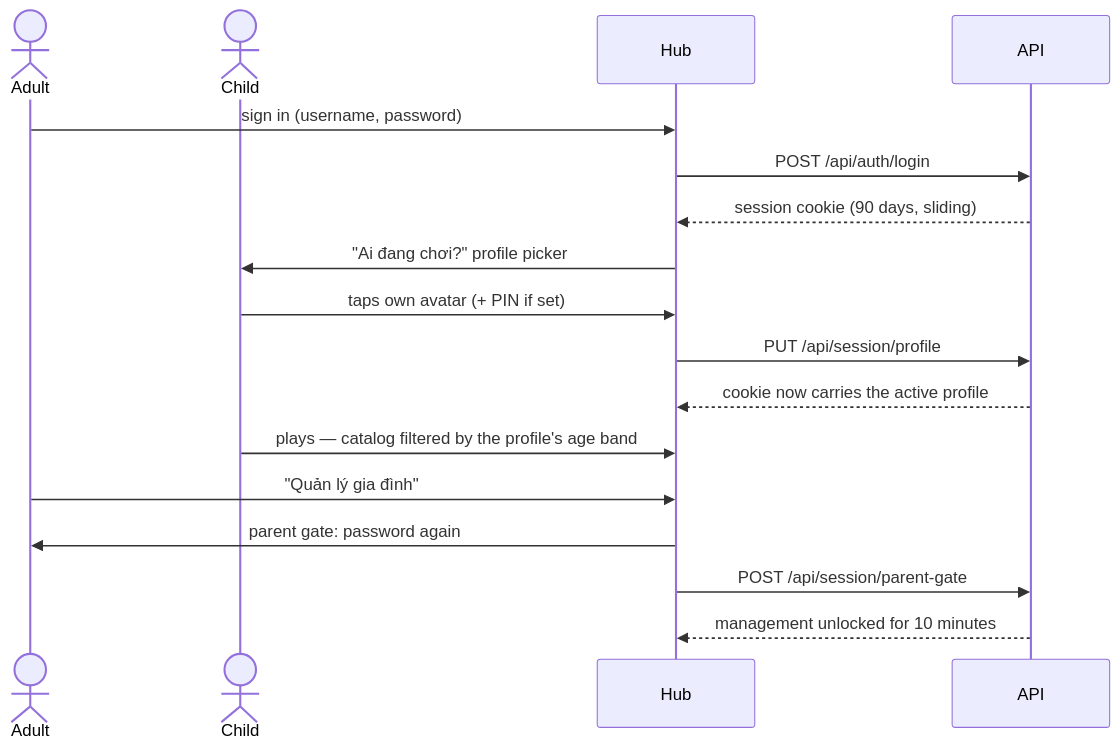
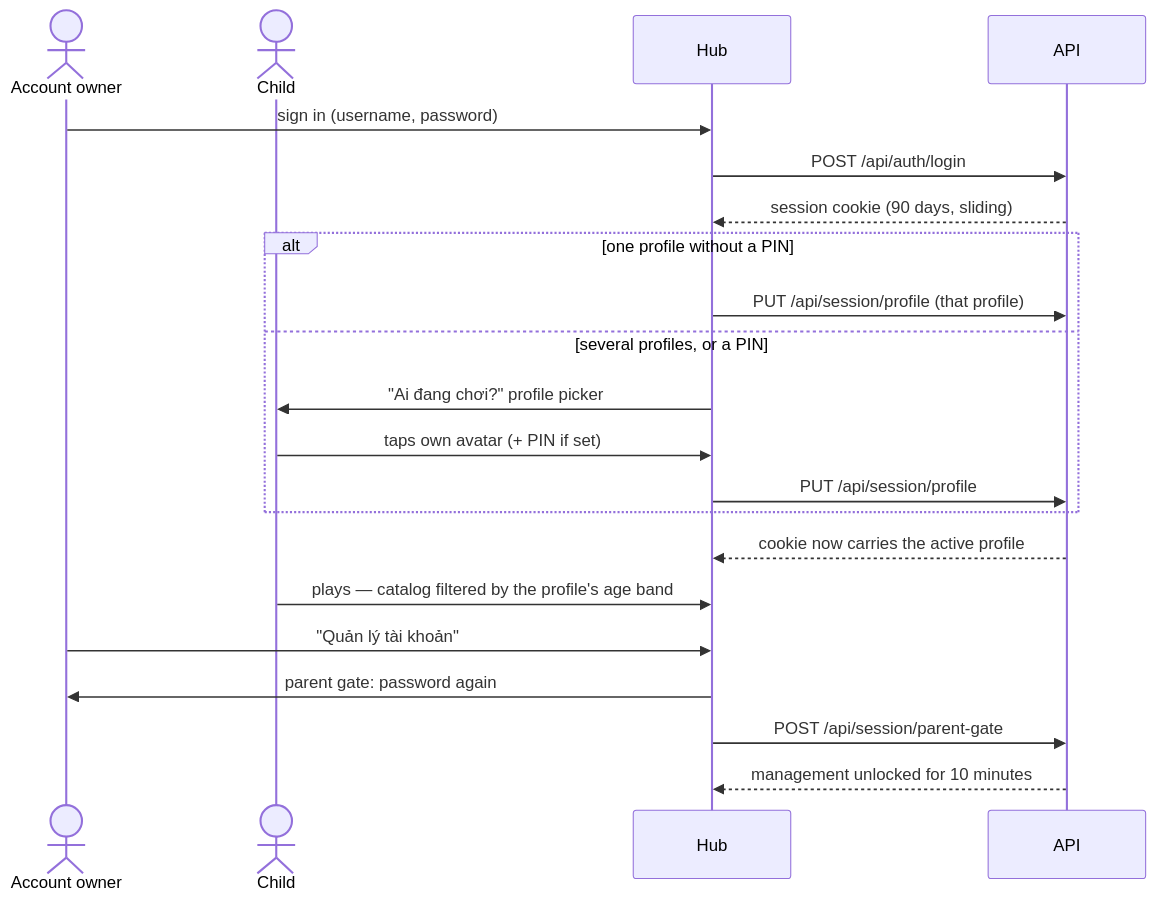
The second of 2 diagrams in docs/architecture/identity.md (vinh466/tohe-play), drawn with Mermaid before and after one commit. The commit also changed other lines of this file and 13 other files, not shown here.

First line of the commit message:
docs: accounts own their profiles (ADR 0023)

````diff
--- a/docs/architecture/identity.md
+++ b/docs/architecture/identity.md
@@ -49,20 +53,24 @@
 ```mermaid
 sequenceDiagram
-  actor A as Adult
+  actor P as Account owner
   actor C as Child
   participant H as Hub
   participant API
 
-  A->>H: sign in (username, password)
+  P->>H: sign in (username, password)
   H->>API: POST /api/auth/login
   API-->>H: session cookie (90 days, sliding)
-  H->>C: "Ai đang chơi?" profile picker
-  C->>H: taps own avatar (+ PIN if set)
-  H->>API: PUT /api/session/profile
+  alt one profile without a PIN
+    H->>API: PUT /api/session/profile (that profile)
+  else several profiles, or a PIN
+    H->>C: "Ai đang chơi?" profile picker
+    C->>H: taps own avatar (+ PIN if set)
+    H->>API: PUT /api/session/profile
+  end
   API-->>H: cookie now carries the active profile
   C->>H: plays — catalog filtered by the profile's age band
-  A->>H: "Quản lý gia đình"
-  H->>A: parent gate: password again
+  P->>H: "Quản lý tài khoản"
+  H->>P: parent gate: password again
   H->>API: POST /api/session/parent-gate
   API-->>H: management unlocked for 10 minutes
 ```
````
